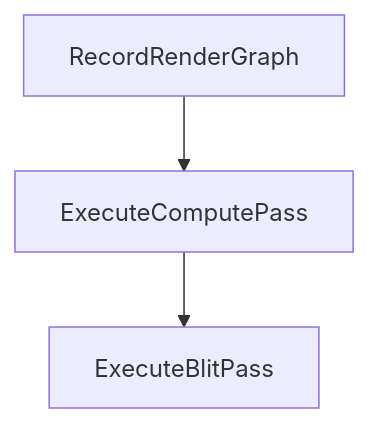
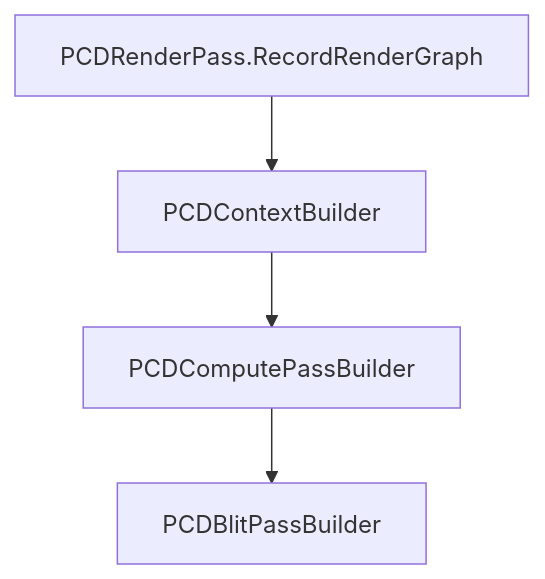
The second of 2 diagrams in Docs/OcclusionRendering.md (kotetsuOU/HandTrakingDemo), drawn with Mermaid before and after one commit. The commit also changed other lines of this file and 10 other files, not shown here.

````diff
--- a/Docs/OcclusionRendering.md
+++ b/Docs/OcclusionRendering.md
@@ -125,5 +127,6 @@
 ```mermaid
 flowchart TD
-    A[RecordRenderGraph] --> B[ExecuteComputePass]
-    B --> C[ExecuteBlitPass]
+    A[PCDRenderPass.RecordRenderGraph] --> B[PCDContextBuilder]
+    B --> C[PCDComputePassBuilder]
+    C --> D[PCDBlitPassBuilder]
 ```
````
